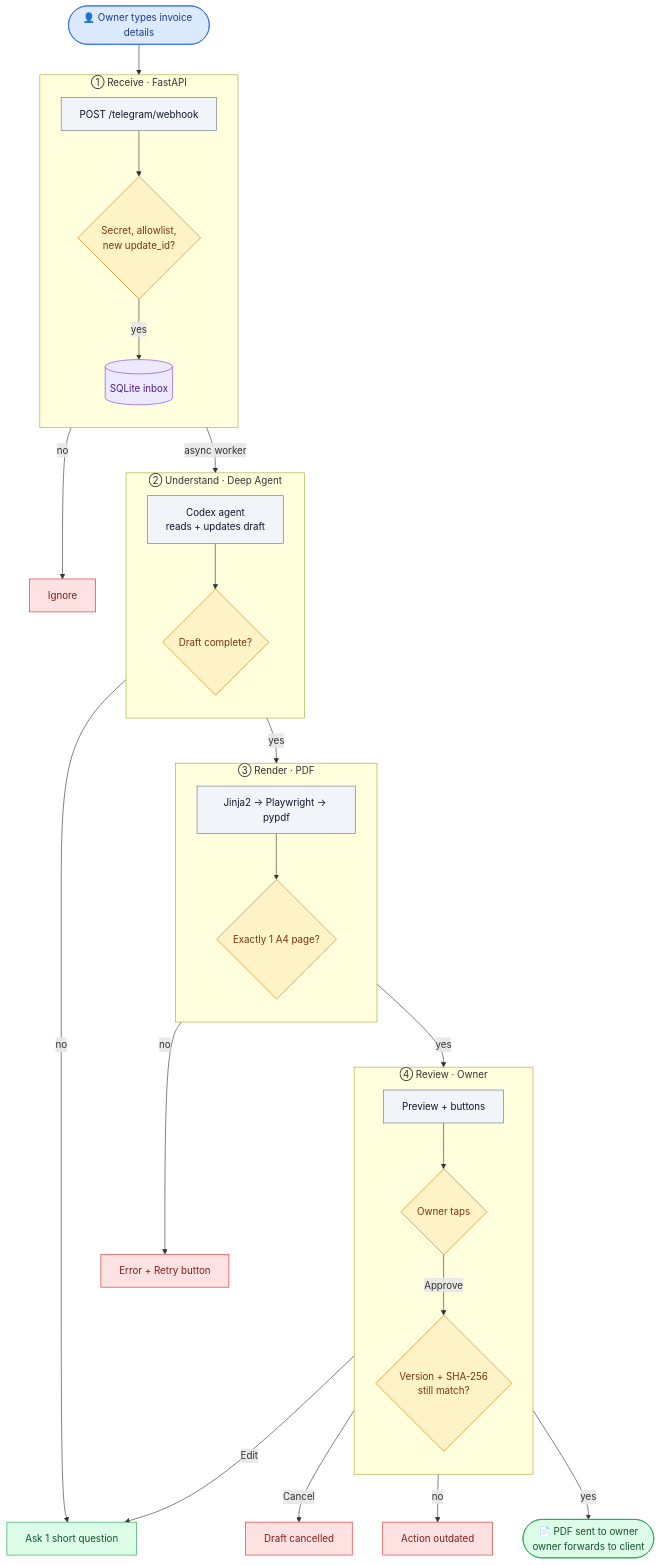
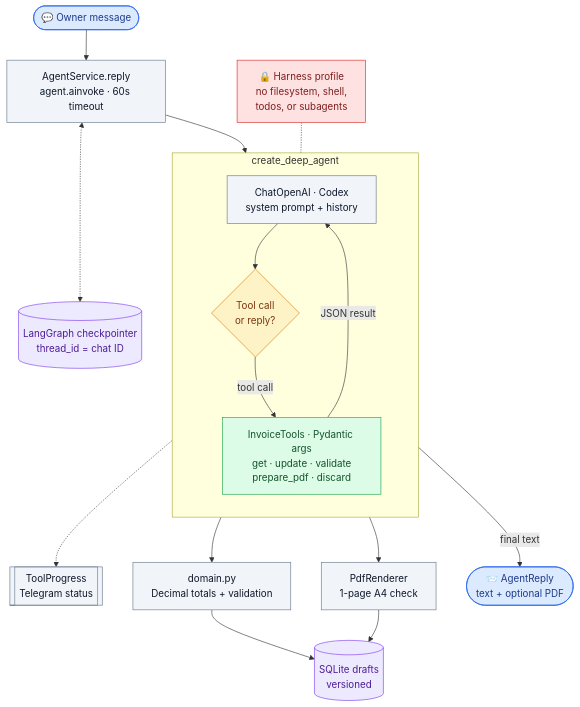
Before and after one commit to Zayuki/invoice-AI-Agent: the diagram in README.md, drawn with Mermaid. The commit also changed other lines of this file, not shown here.

Commit message:
added mermaid graph for langchain deep agent

````diff
--- a/README.md
+++ b/README.md
@@ -15,64 +3,45 @@
 ```mermaid
 flowchart TB
-    owner([👤 Owner types invoice details])
+    msg([💬 Owner message])
+    invoke[AgentService.reply<br/>agent.ainvoke · 60s timeout]
+    ckpt[(LangGraph checkpointer<br/>thread_id = chat ID)]
 
-    subgraph S1["① Receive · FastAPI"]
+    subgraph DA["create_deep_agent"]
         direction TB
-        hook[POST /telegram/webhook]
-        gate{Secret, allowlist,<br/>new update_id?}
-        inbox[(SQLite inbox)]
-        hook --> gate
-        gate -- yes --> inbox
+        llm[ChatOpenAI · Codex<br/>system prompt + history]
+        decide{Tool call<br/>or reply?}
+        tools[InvoiceTools · Pydantic args<br/>get · update · validate<br/>prepare_pdf · discard]
+        llm --> decide
+        decide -- tool call --> tools
+        tools -- JSON result --> llm
     end
 
-    subgraph S2["② Understand · Deep Agent"]
-        direction TB
-        agent[Codex agent<br/>reads + updates draft]
-        valid{Draft complete?}
-        agent --> valid
-    end
+    guard[🔒 Harness profile<br/>no filesystem, shell,<br/>todos, or subagents]
+    progress[[ToolProgress<br/>Telegram status]]
+    domain[domain.py<br/>Decimal totals + validation]
+    store[(SQLite drafts<br/>versioned)]
+    render[PdfRenderer<br/>1-page A4 check]
+    reply([📨 AgentReply<br/>text + optional PDF])
 
-    subgraph S3["③ Render · PDF"]
-        direction TB
-        render[Jinja2 → Playwright → pypdf]
-        page{Exactly 1 A4 page?}
-        render --> page
-    end
-
-    subgraph S4["④ Review · Owner"]
-        direction TB
-        preview[Preview + buttons]
-        choice{Owner taps}
-        check{Version + SHA-256<br/>still match?}
-        preview --> choice
-        choice -- Approve --> check
-    end
-
-    done([📄 PDF sent to owner<br/>owner forwards to client])
-
-    owner --> hook
-    gate -- no --> drop[Ignore]
-    inbox -- async worker --> agent
-    valid -- no --> ask[Ask 1 short question]
-    valid -- yes --> render
-    page -- no --> fail[Error + Retry button]
-    page -- yes --> preview
-    choice -- Edit --> ask
-    choice -- Cancel --> cancel[Draft cancelled]
-    check -- no --> stale[Action outdated]
-    check -- yes --> done
+    msg --> invoke --> llm
+    invoke <-.-> ckpt
+    guard -.- DA
+    tools -.-> progress
+    tools --> domain --> store
+    tools --> render --> store
+    decide -- final text --> reply
 
     classDef io fill:#dbeafe,stroke:#2563eb,color:#1e3a8a
     classDef step fill:#f1f5f9,stroke:#64748b,color:#0f172a
-    classDef decide fill:#fef3c7,stroke:#d97706,color:#78350f
-    classDef store fill:#ede9fe,stroke:#7c3aed,color:#4c1d95
+    classDef decideC fill:#fef3c7,stroke:#d97706,color:#78350f
+    classDef storeC fill:#ede9fe,stroke:#7c3aed,color:#4c1d95
     classDef bad fill:#fee2e2,stroke:#dc2626,color:#7f1d1d
-    classDef good fill:#dcfce7,stroke:#16a34a,color:#14532d
+    classDef tool fill:#dcfce7,stroke:#16a34a,color:#14532d
 
-    class owner io
-    class hook,agent,render,preview step
-    class gate,valid,page,choice,check decide
-    class inbox store
-    class drop,fail,cancel,stale bad
-    class ask,done good
+    class msg,reply io
+    class invoke,llm,domain,render,progress step
+    class decide decideC
+    class ckpt,store storeC
+    class guard bad
+    class tools tool
 ```
````
